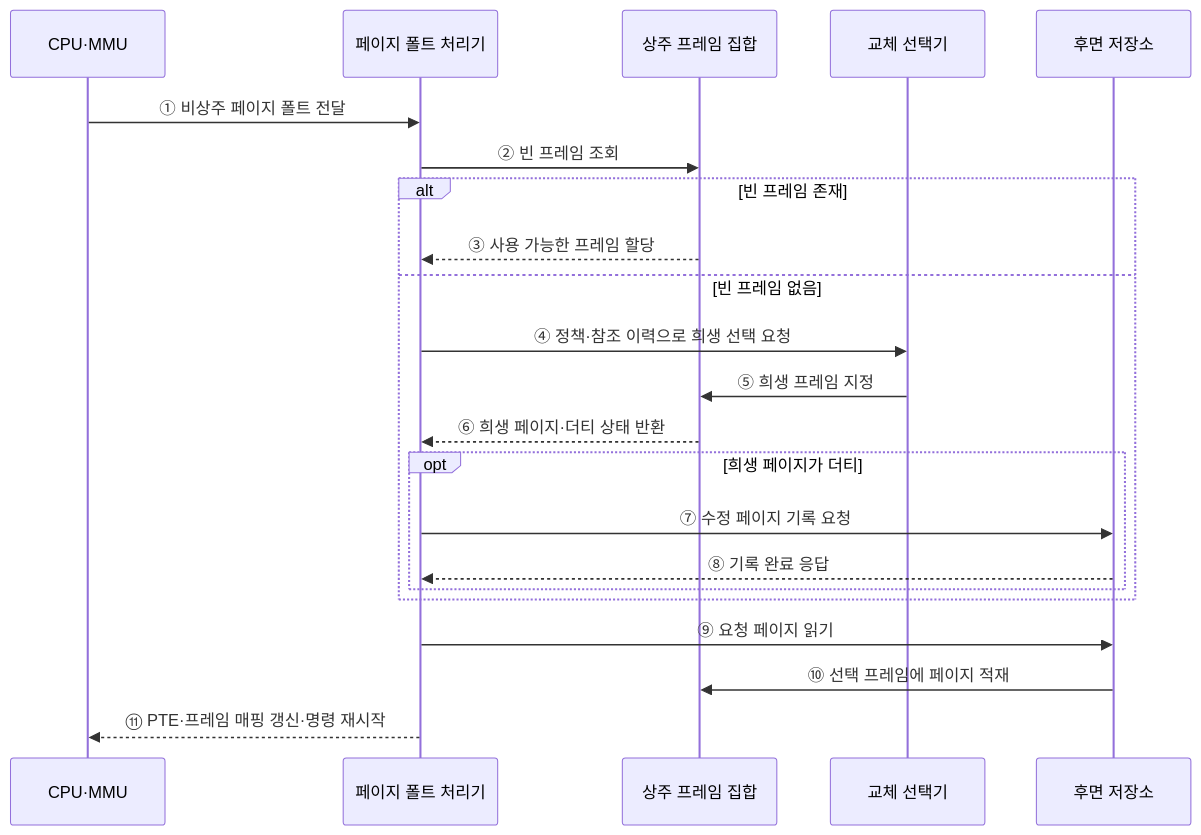
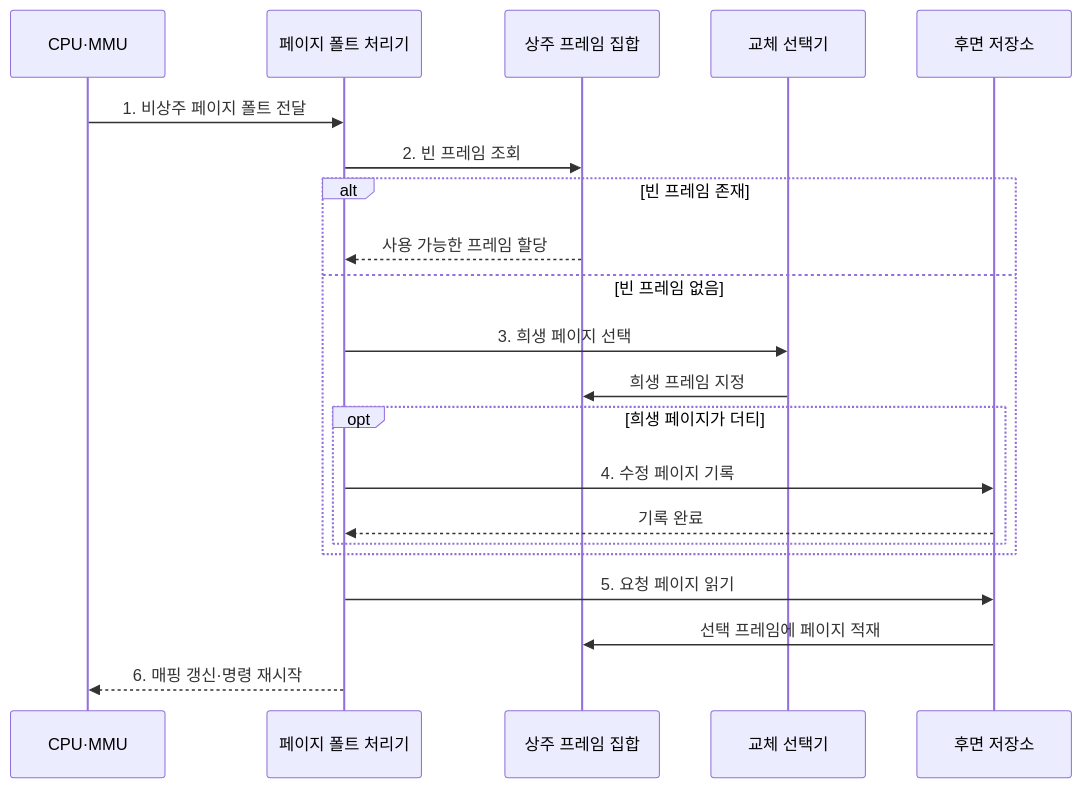
Before and after one commit to agnusdei1207/knowledge-base: the second of 2 diagrams in src/content/docs/notes/02-hardware/018_page_replacement.md, drawn with Mermaid. The commit also changed other lines of this file and 20 other files, not shown here.

````diff
--- a/src/content/docs/notes/02-hardware/018_page_replacement.md
+++ b/src/content/docs/notes/02-hardware/018_page_replacement.md
@@ -81,25 +89,24 @@
 ```mermaid
 sequenceDiagram
     participant C as CPU·MMU
     participant O as 페이지 폴트 처리기
     participant F as 상주 프레임 집합
     participant R as 교체 선택기
     participant S as 후면 저장소
 
-    C->>O: ① 비상주 페이지 폴트 전달
-    O->>F: ② 빈 프레임 조회
+    C->>O: 1. 비상주 페이지 폴트 전달
+    O->>F: 2. 빈 프레임 조회
     alt 빈 프레임 존재
-        F-->>O: ③ 사용 가능한 프레임 할당
+        F-->>O: 사용 가능한 프레임 할당
     else 빈 프레임 없음
-        O->>R: ④ 정책·참조 이력으로 희생 선택 요청
-        R->>F: ⑤ 희생 프레임 지정
-        F-->>O: ⑥ 희생 페이지·더티 상태 반환
+        O->>R: 3. 희생 페이지 선택
+        R->>F: 희생 프레임 지정
         opt 희생 페이지가 더티
-            O->>S: ⑦ 수정 페이지 기록 요청
-            S-->>O: ⑧ 기록 완료 응답
+            O->>S: 4. 수정 페이지 기록
+            S-->>O: 기록 완료
         end
     end
-    O->>S: ⑨ 요청 페이지 읽기
-    S->>F: ⑩ 선택 프레임에 페이지 적재
-    O-->>C: ⑪ PTE·프레임 매핑 갱신·명령 재시작
+    O->>S: 5. 요청 페이지 읽기
+    S->>F: 선택 프레임에 페이지 적재
+    O-->>C: 6. 매핑 갱신·명령 재시작
 ```
````
